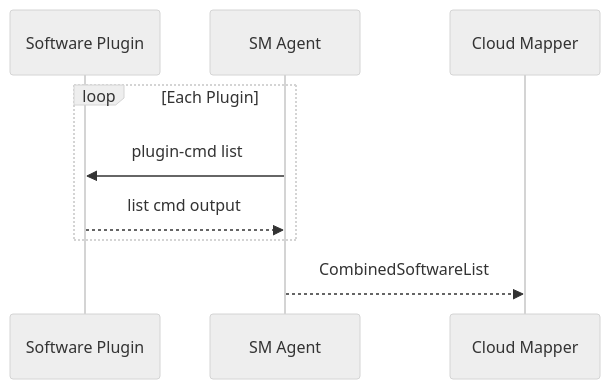
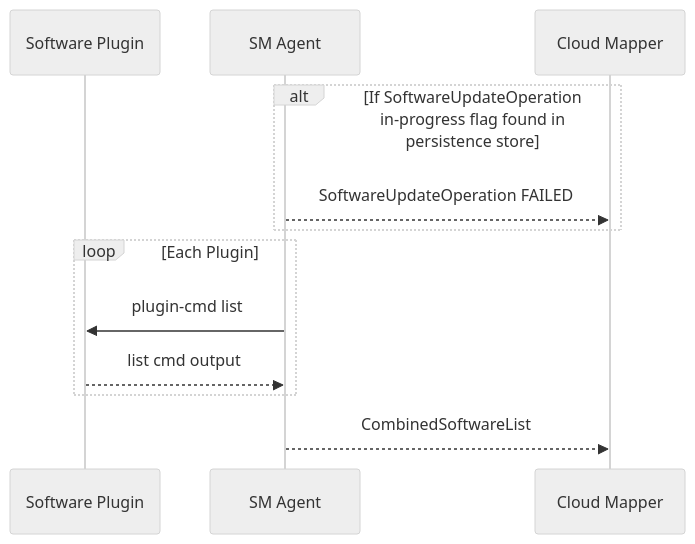
Before and after one commit to thin-edge/thin-edge.io-specs: the first of 2 diagrams in src/software-management/sm-agent.md, drawn with Mermaid (neutral theme). The commit also changed other lines of this file, not shown here.

Commit message:
Request-response contract for software list

````diff
--- a/src/software-management/sm-agent.md
+++ b/src/software-management/sm-agent.md
@@ -5,11 +5,14 @@
 ```mermaid
 sequenceDiagram
     participant Software Plugin
     participant SM Agent
     participant Cloud Mapper
+    alt If SoftwareUpdateOperation in-progress flag found in persistence store
+        SM Agent-->>Cloud Mapper: SoftwareUpdateOperation FAILED
+    end
     loop Each Plugin
         SM Agent->>Software Plugin: plugin-cmd list
         Software Plugin-->>SM Agent: list cmd output
     end
     SM Agent-->>Cloud Mapper: CombinedSoftwareList
 ```
````
